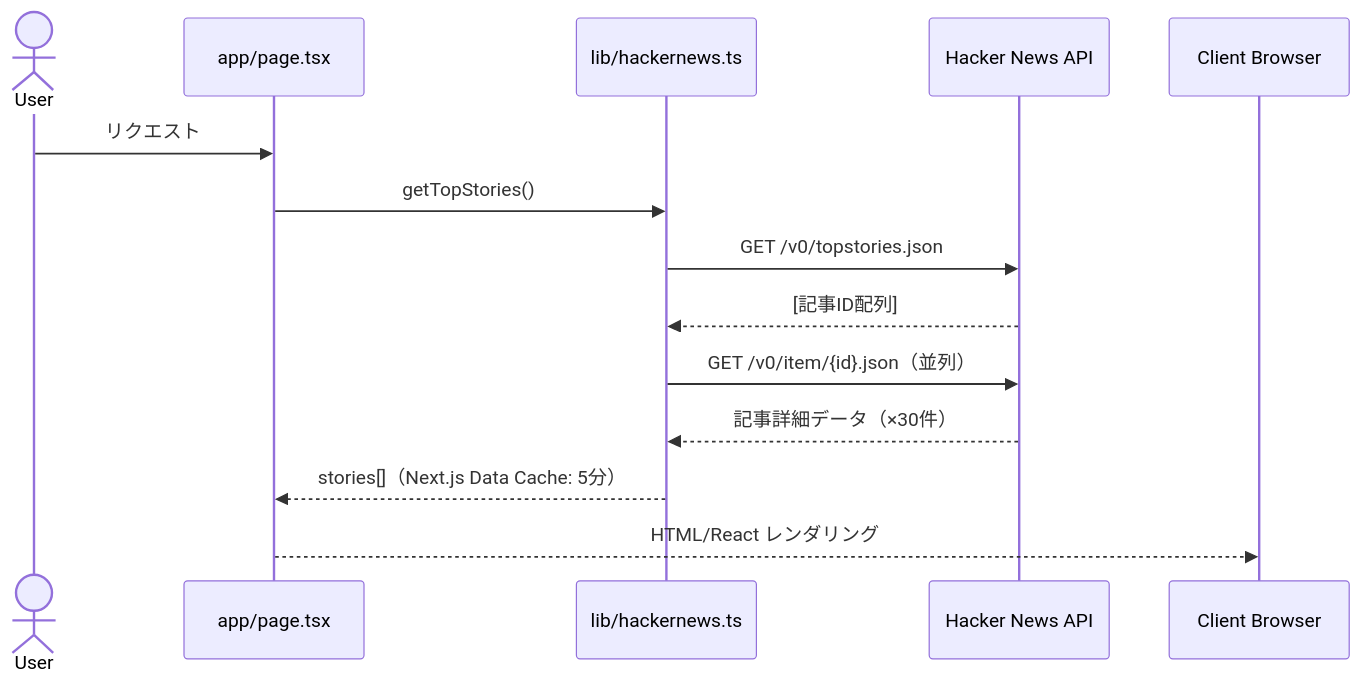
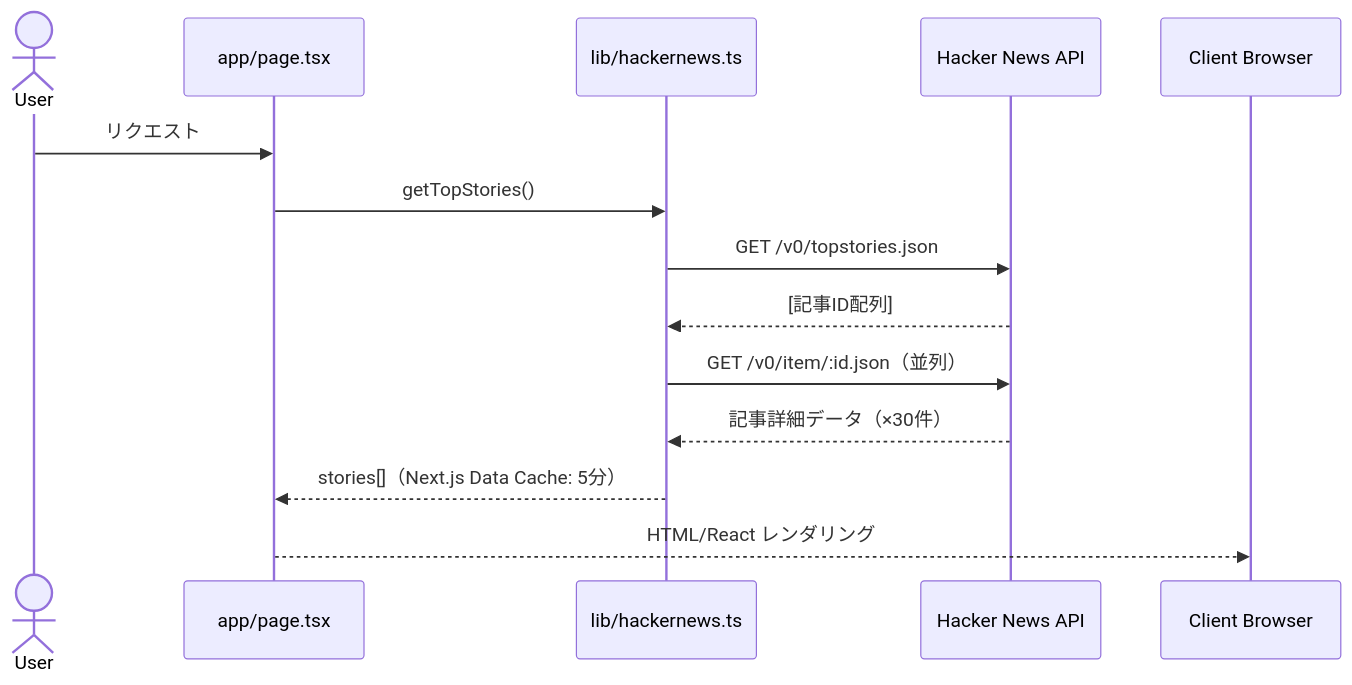
Before and after one commit to Sei-Yukinari/github-copilot-boilerplate: the second of 3 diagrams in doc/architecture.md, drawn with Mermaid. The commit also changed other lines of this file, not shown here.

Commit message:
fix: update API endpoint syntax in architecture documentation

````diff
--- a/doc/architecture.md
+++ b/doc/architecture.md
@@ -125,17 +125,17 @@
 ```mermaid
 sequenceDiagram
     actor User
     participant Page as app/page.tsx
     participant HNLib as lib/hackernews.ts
     participant HNAPI as Hacker News API
     participant Browser as Client Browser
 
     User->>Page: リクエスト
     Page->>HNLib: getTopStories()
     HNLib->>HNAPI: GET /v0/topstories.json
     HNAPI-->>HNLib: [記事ID配列]
-    HNLib->>HNAPI: GET /v0/item/{id}.json（並列）
+    HNLib->>HNAPI: GET /v0/item/:id.json（並列）
     HNAPI-->>HNLib: 記事詳細データ（×30件）
     HNLib-->>Page: stories[]（Next.js Data Cache: 5分）
     Page-->>Browser: HTML/React レンダリング
 ```
````
